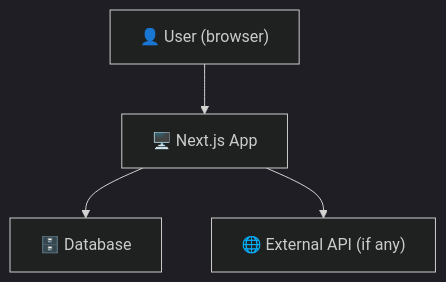
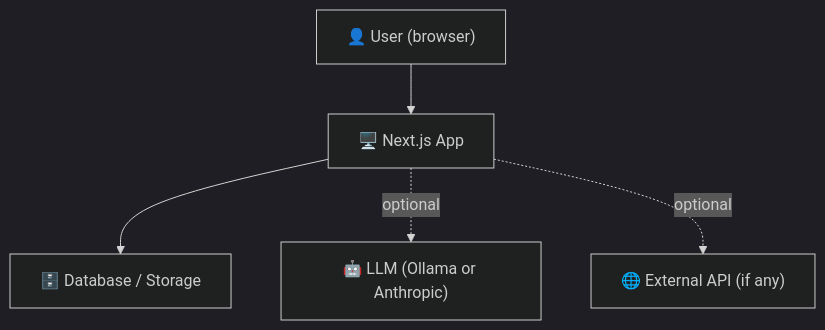
Before and after one commit to hakanappelgren/project-template: the first of 3 diagrams in docs/ARCHITECTURE.md, drawn with Mermaid (dark theme). The commit also changed other lines of this file and 36 other files, not shown here.

````diff
--- a/docs/ARCHITECTURE.md
+++ b/docs/ARCHITECTURE.md
@@ -13,11 +24,13 @@
 ```mermaid
 graph TD
   User["👤 User (browser)"]
   App["🖥️ Next.js App"]
-  DB["🗄️ Database"]
+  DB["🗄️ Database / Storage"]
+  LLM["🤖 LLM (Ollama or Anthropic)"]
   External["🌐 External API (if any)"]
 
   User --> App
   App --> DB
-  App --> External
+  App -.->|"optional"| LLM
+  App -.->|"optional"| External
 ```
````
